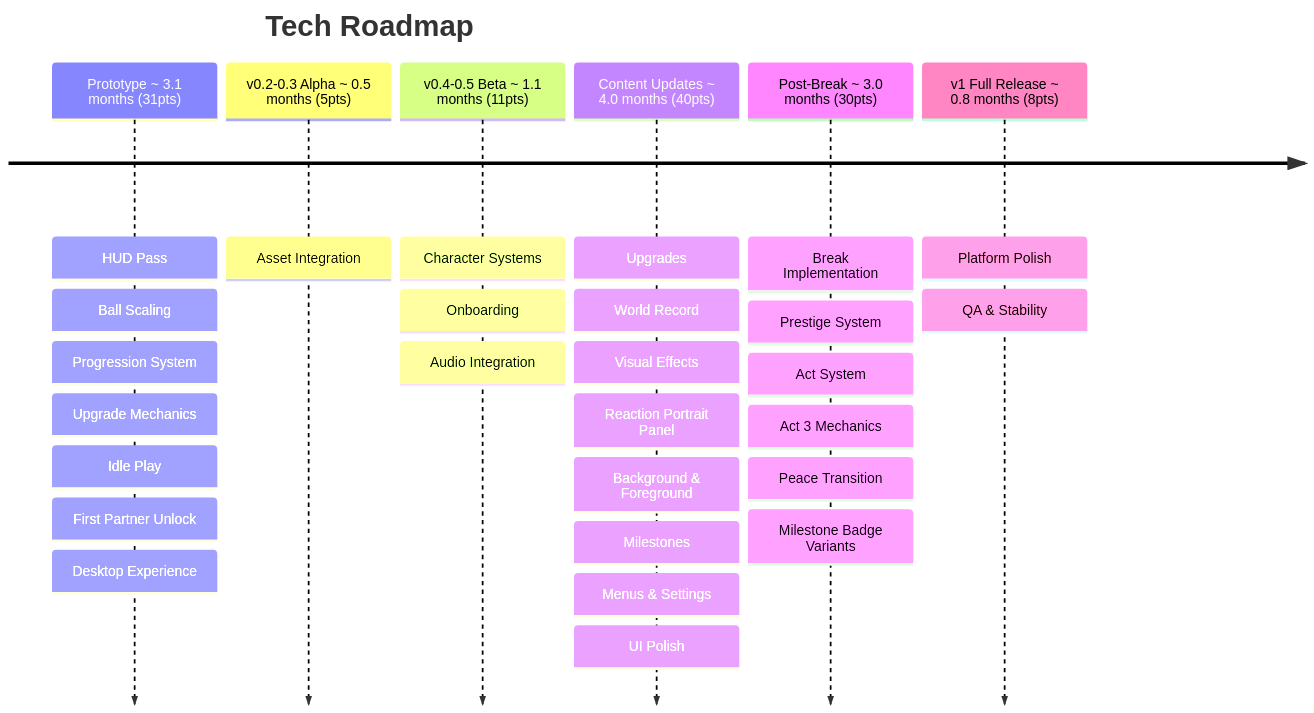
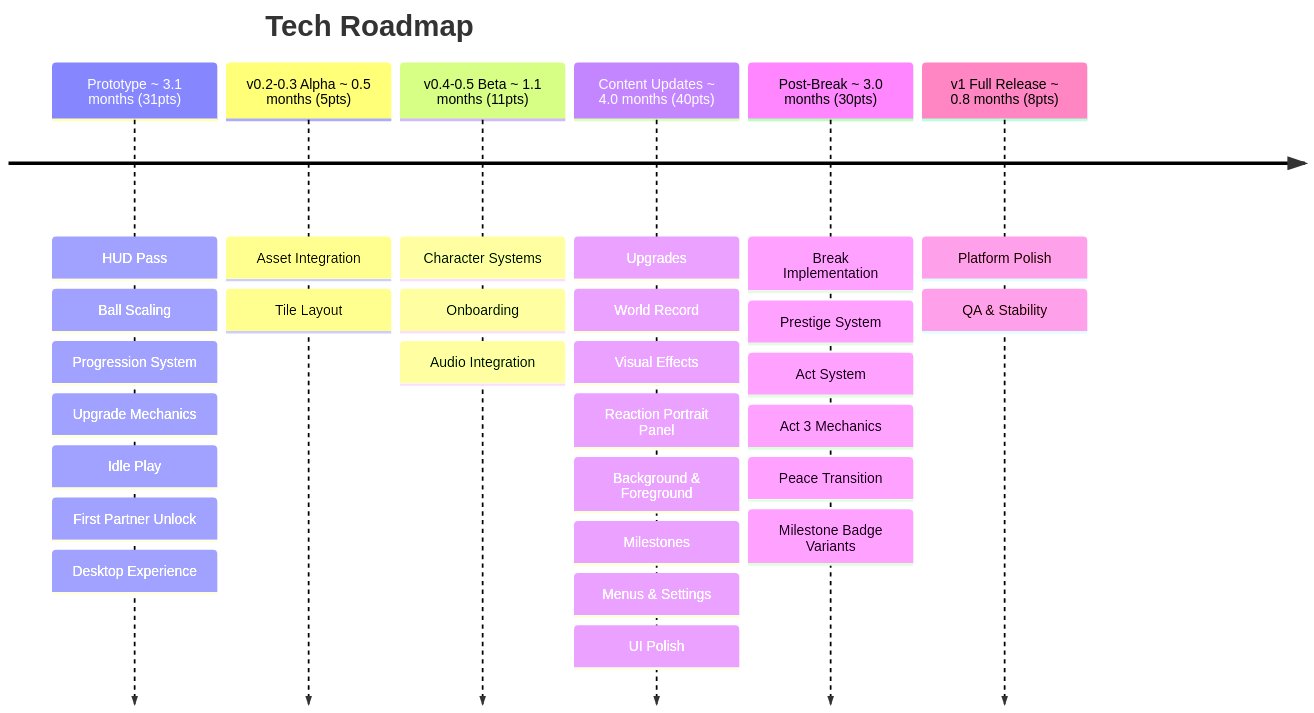
One commit to J-Melon/volley-vendetta changed the diagram in designs/roadmaps/roadmap-tech.md. Above: the diagram before and after it, drawn with Mermaid. The commit also changed other lines of this file and 2 other files, not shown here.

Commit message:
SH-32 docs: scene layout docs for shop ui placement

````diff
--- a/designs/roadmaps/roadmap-tech.md
+++ b/designs/roadmaps/roadmap-tech.md
@@ -3,43 +3,44 @@
 ```mermaid
 timeline
     title Tech Roadmap
 
     Prototype ~ 3.1 months (31pts)
         : HUD Pass
         : Ball Scaling
         : Progression System
         : Upgrade Mechanics
         : Idle Play
         : First Partner Unlock
         : Desktop Experience
 
     v0.2-0.3 Alpha ~ 0.5 months (5pts)
         : Asset Integration
+        : Tile Layout
 
     v0.4-0.5 Beta ~ 1.1 months (11pts)
         : Character Systems
         : Onboarding
         : Audio Integration
 
     Content Updates ~ 4.0 months (40pts)
         : Upgrades
         : World Record
         : Visual Effects
         : Reaction Portrait Panel
         : Background & Foreground
         : Milestones
         : Menus & Settings
         : UI Polish
 
     Post-Break ~ 3.0 months (30pts)
         : Break Implementation
         : Prestige System
         : Act System
         : Act 3 Mechanics
         : Peace Transition
         : Milestone Badge Variants
 
     v1 Full Release ~ 0.8 months (8pts)
         : Platform Polish
         : QA & Stability
 ```
````
